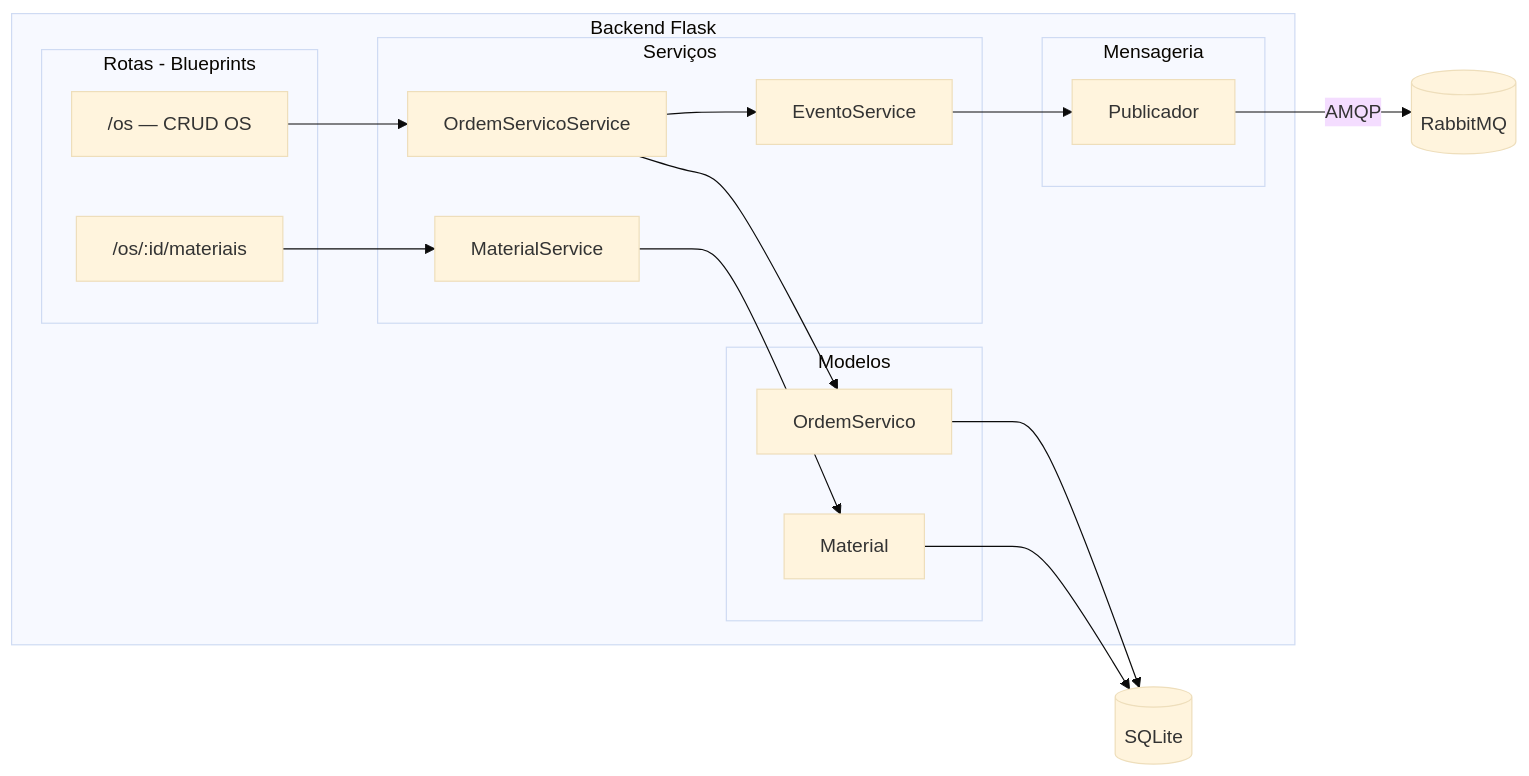
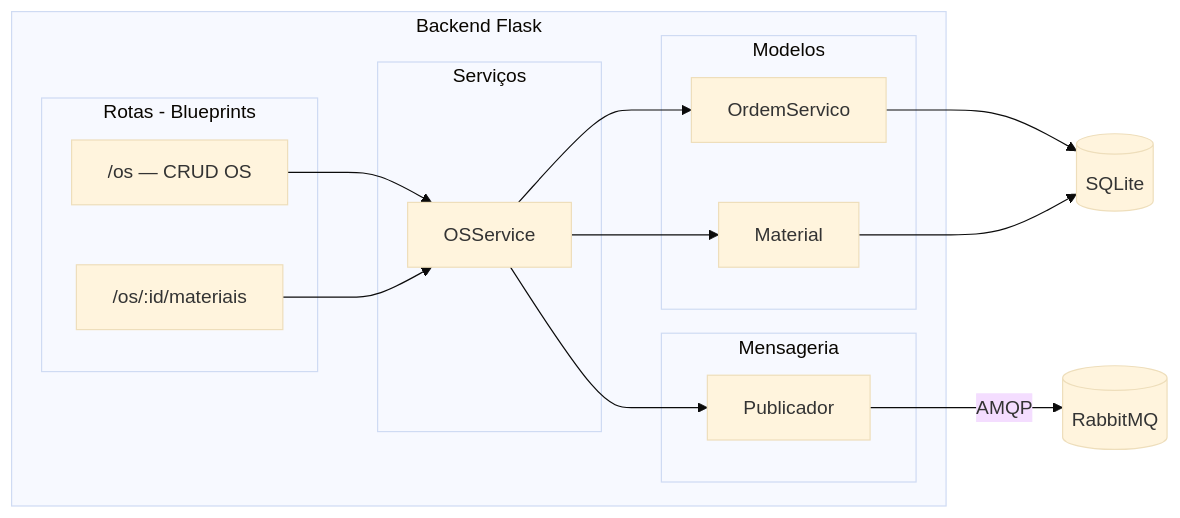
Before and after one commit to art1544/PlantOS-LAMD: the second of 11 diagrams in docs/sprint1/arquitetura.md, drawn with Mermaid (base theme). The commit also changed 15 other files, not shown here.

````diff
--- a/docs/sprint1/arquitetura.md
+++ b/docs/sprint1/arquitetura.md
@@ -62,34 +62,31 @@
 ```mermaid
 graph LR
     subgraph "Backend Flask"
         subgraph "Rotas - Blueprints"
             R1["/os — CRUD OS"]
             R2["/os/:id/materiais"]
         end
 
         subgraph "Serviços"
-            S1[OrdemServicoService]
-            S2[MaterialService]
-            S3[EventoService]
+            S1[OSService]
         end
 
         subgraph "Modelos"
             M1[OrdemServico]
             M2[Material]
         end
 
         subgraph "Mensageria"
             P1[Publicador]
         end
     end
 
     R1 --> S1
-    R2 --> S2
+    R2 --> S1
     S1 --> M1
-    S2 --> M2
-    S1 --> S3
-    S3 --> P1
+    S1 --> M2
+    S1 --> P1
     P1 -->|AMQP| MQ[(RabbitMQ)]
     M1 --> DB[(SQLite)]
     M2 --> DB
 ```
````
